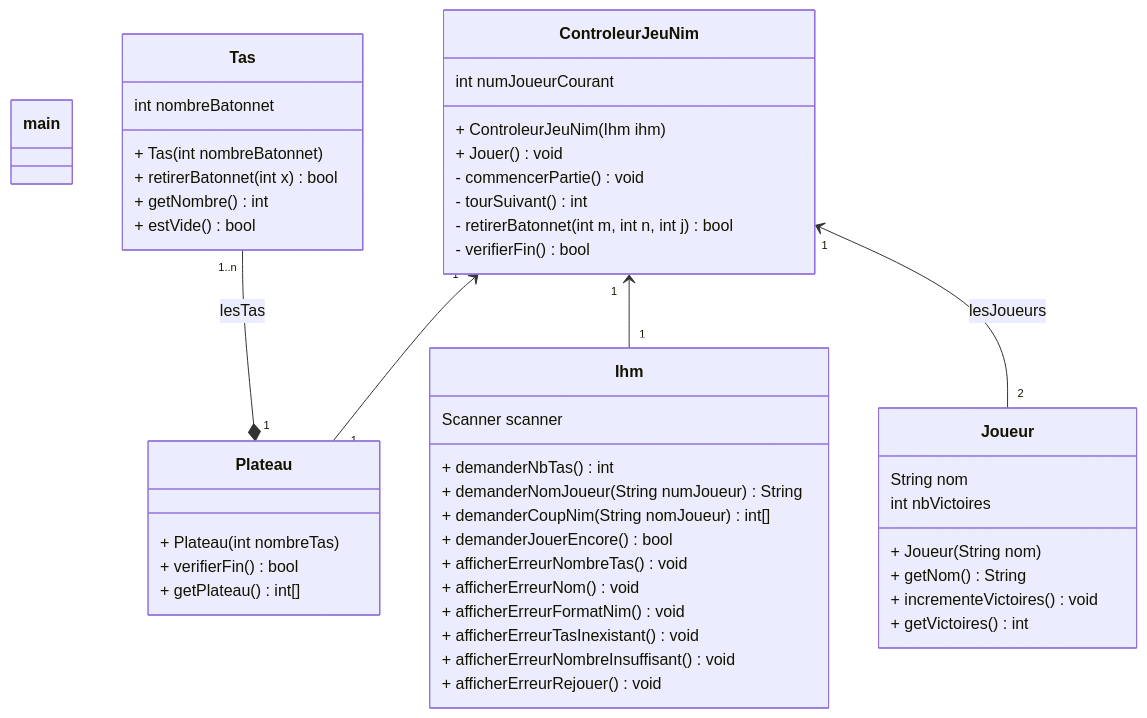
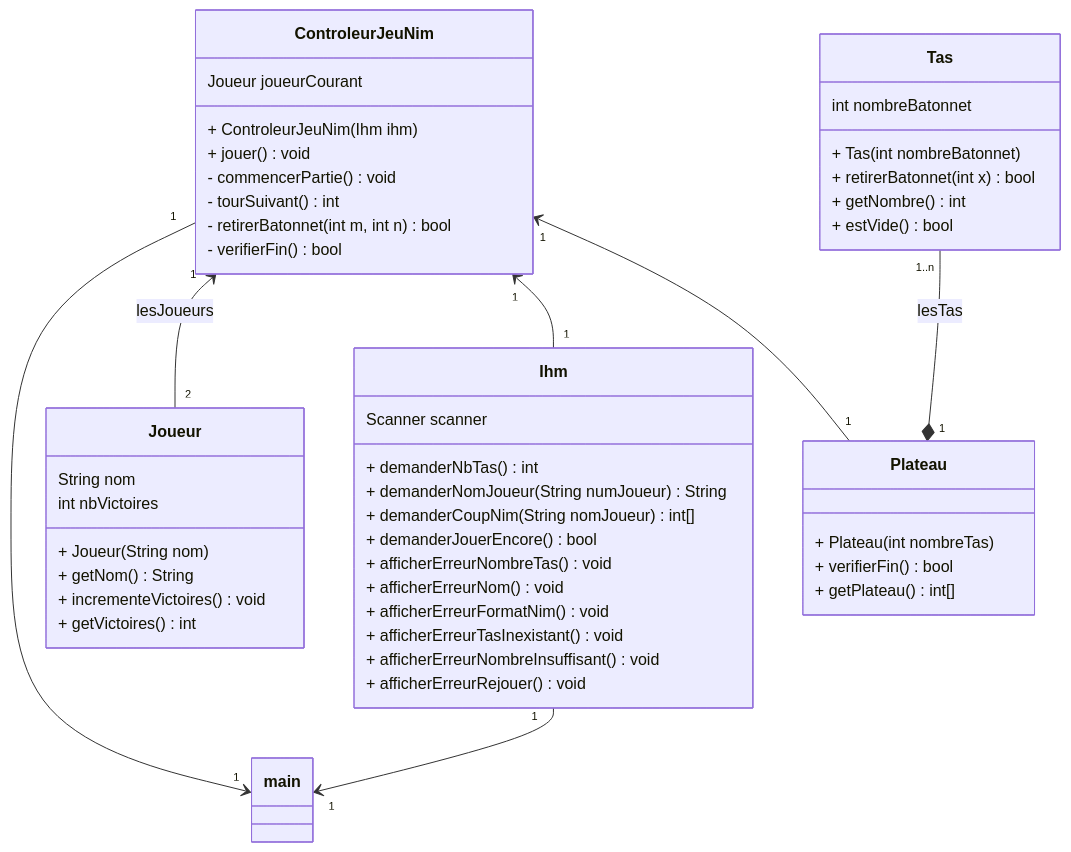
The second of 2 diagrams in Document/Iteration1/Iteration1.md (Kaawan-d20/CDA), drawn with Mermaid before and after one commit. The commit also changed other lines of this file, not shown here.

````diff
--- a/Document/Iteration1/Iteration1.md
+++ b/Document/Iteration1/Iteration1.md
@@ -78,64 +78,66 @@
 ```mermaid
 classDiagram
     class main {
 
     }
 
     class Ihm {
         Scanner scanner
 
         + demanderNbTas() int
         + demanderNomJoueur(String numJoueur) String
         + demanderCoupNim(String nomJoueur) int[]
         + demanderJouerEncore() bool
 
         + afficherErreurNombreTas() void
         + afficherErreurNom() void
         + afficherErreurFormatNim() void
         + afficherErreurTasInexistant() void
         + afficherErreurNombreInsuffisant() void
         + afficherErreurRejouer() void
     }
 
     class ControleurJeuNim {
-        int numJoueurCourant
+        Joueur joueurCourant
 
         + ControleurJeuNim(Ihm ihm)
-        + Jouer () void
+        + jouer () void
         - commencerPartie() void
         - tourSuivant() int
-        - retirerBatonnet(int m, int n, int j) bool
+        - retirerBatonnet(int m, int n) bool
         - verifierFin() bool
     }
 
     class Joueur {
         String nom
         int nbVictoires
 
         + Joueur(String nom)
         + getNom() String
         + incrementeVictoires() void
         + getVictoires() int
     }
 
     class Tas {
         int nombreBatonnet
 
         + Tas (int nombreBatonnet)
 
         + retirerBatonnet(int x) bool
         + getNombre() int
         + estVide() bool
     }
 
     class Plateau {
         + Plateau (int nombreTas)
         + verifierFin() bool
         + getPlateau() int[]
     }
 
     Tas "1..n" --* "1" Plateau : lesTas
     ControleurJeuNim "1" <-- "1" Plateau
     ControleurJeuNim "1" <-- "1" Ihm
     ControleurJeuNim "1" <-- "2" Joueur : lesJoueurs
+    ControleurJeuNim "1" --> "1" main
+    Ihm "1" --> "1" main
 ```
````
